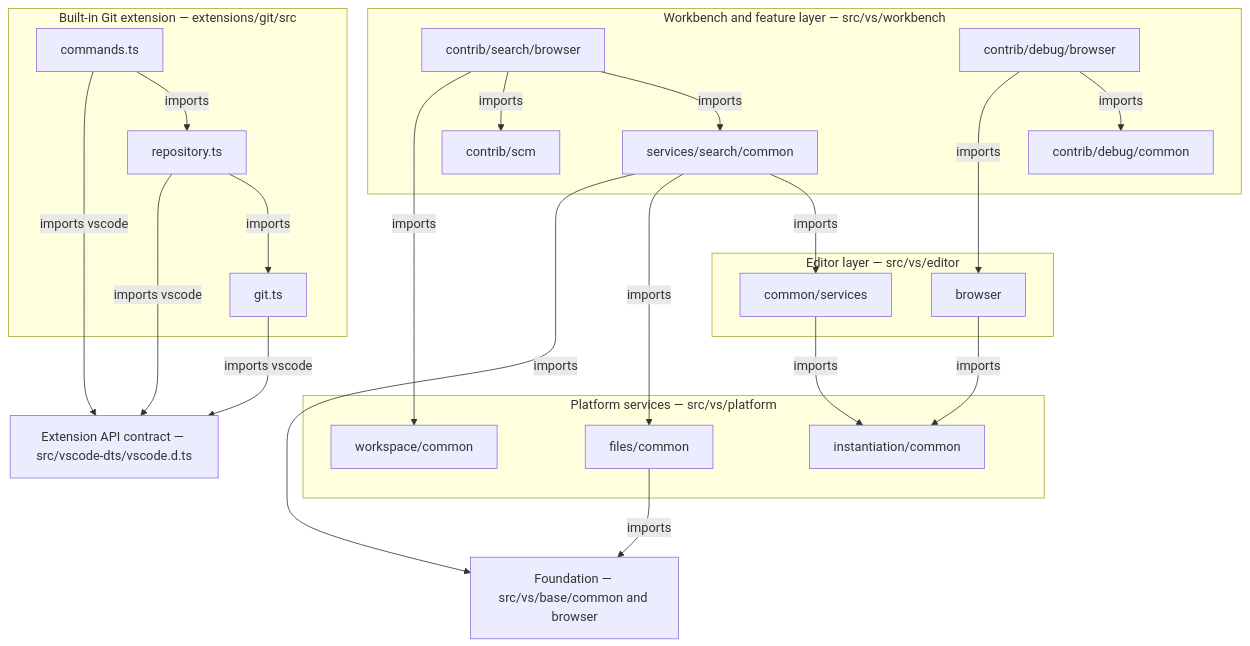
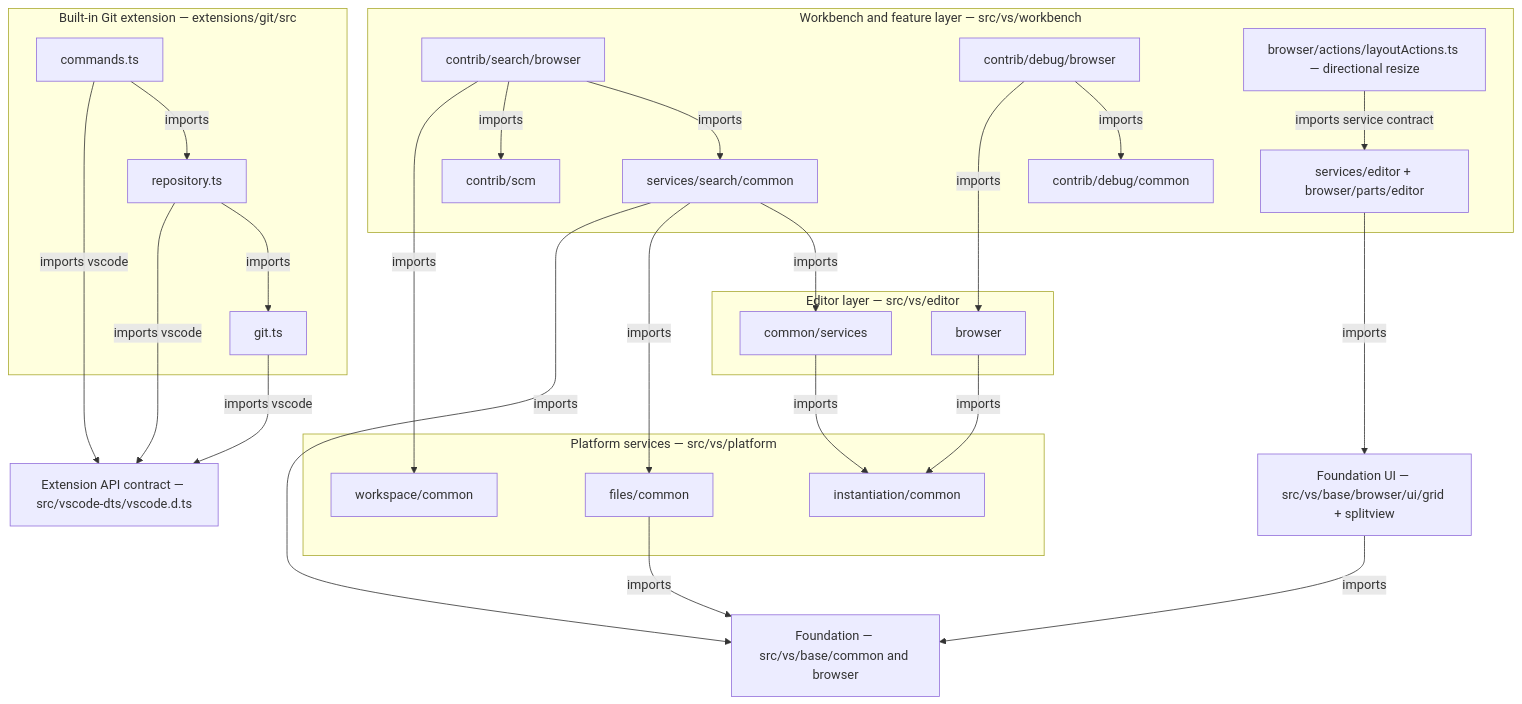
Before and after one commit to bolanosmanny/vscode: the diagram in docs/logical-architecture.mmd, drawn with Mermaid. The commit also changed 5 other files, not shown here.

Commit message:
docs: finalize directional resize review

```diff
--- a/docs/logical-architecture.mmd
+++ b/docs/logical-architecture.mmd
@@ -1,45 +1,51 @@
 flowchart TB
     subgraph Workbench["Workbench and feature layer — src/vs/workbench"]
         SearchUI["contrib/search/browser"]
         DebugUI["contrib/debug/browser"]
         SCMUI["contrib/scm"]
         SearchSvc["services/search/common"]
         DebugCommon["contrib/debug/common"]
+        ResizeAction["browser/actions/layoutActions.ts — directional resize"]
+        EditorGroups["services/editor + browser/parts/editor"]
     end
 
     subgraph Editor["Editor layer — src/vs/editor"]
         EditorBrowser["browser"]
         EditorModel["common/services"]
     end
 
     subgraph Platform["Platform services — src/vs/platform"]
         Files["files/common"]
         Workspace["workspace/common"]
         Instantiation["instantiation/common"]
     end
 
     Base["Foundation — src/vs/base/common and browser"]
+    GridSplit["Foundation UI — src/vs/base/browser/ui/grid + splitview"]
 
     subgraph Extension["Built-in Git extension — extensions/git/src"]
         GitCommands["commands.ts"]
         GitRepository["repository.ts"]
         GitProcess["git.ts"]
     end
     API["Extension API contract — src/vscode-dts/vscode.d.ts"]
 
     SearchUI -->|imports| SearchSvc
     SearchUI -->|imports| SCMUI
     DebugUI -->|imports| DebugCommon
     SearchSvc -->|imports| EditorModel
     SearchSvc -->|imports| Files
     SearchUI -->|imports| Workspace
     DebugUI -->|imports| EditorBrowser
     EditorBrowser -->|imports| Instantiation
     EditorModel -->|imports| Instantiation
     Files -->|imports| Base
     SearchSvc -->|imports| Base
+    ResizeAction -->|imports service contract| EditorGroups
+    EditorGroups -->|imports| GridSplit
+    GridSplit -->|imports| Base
     GitCommands -->|imports| GitRepository
     GitRepository -->|imports| GitProcess
     GitCommands -->|imports vscode| API
     GitRepository -->|imports vscode| API
     GitProcess -->|imports vscode| API
```
